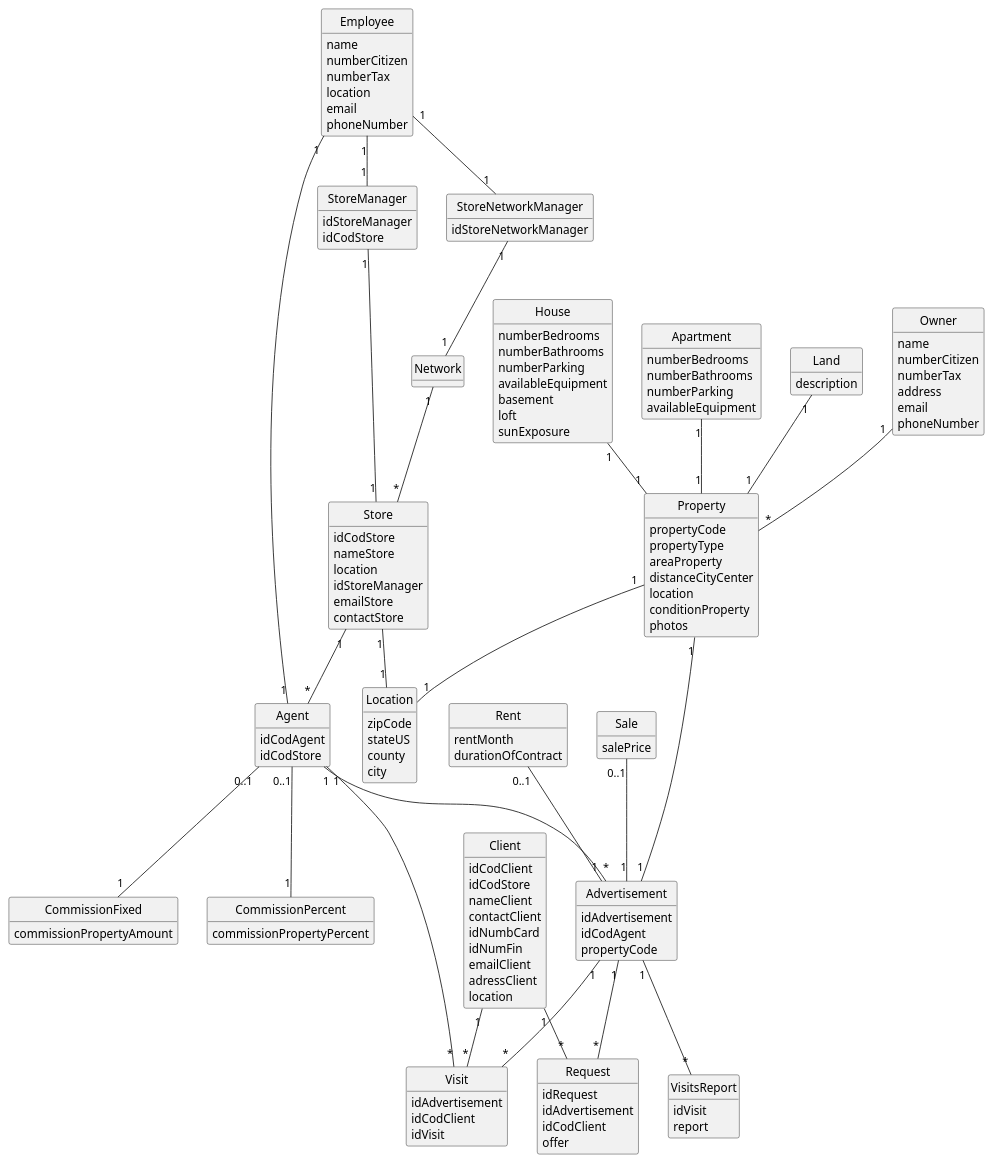
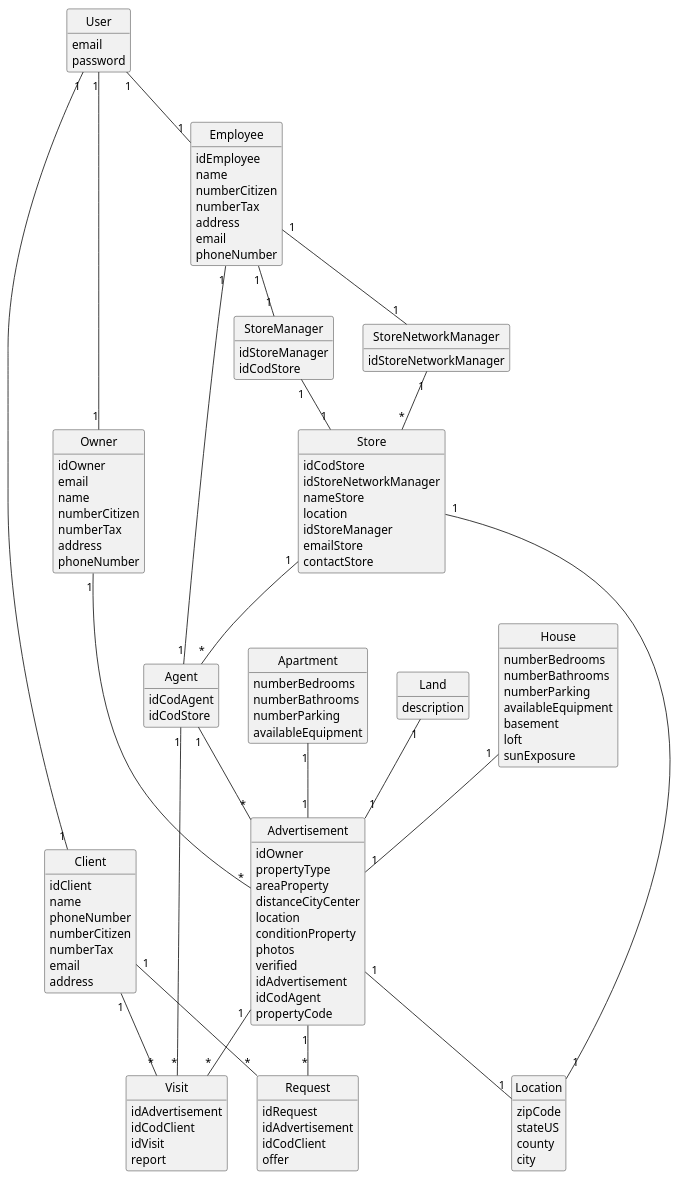
The diagram in docs/sprintA/global-artifacts/02.analysis/puml_Nuno/project-domain-model.puml (PEDROMOREIRA45/lei-23-s2-1dg-g31), drawn with PlantUML before and after one commit.

Commit message:
domain mode changes

```diff
--- a/docs/sprintA/global-artifacts/02.analysis/puml_Nuno/project-domain-model.puml
+++ b/docs/sprintA/global-artifacts/02.analysis/puml_Nuno/project-domain-model.puml
@@ -1,162 +1,150 @@
 @startuml
 'https://plantuml.com/class-diagram
 skinparam monochrome true
 skinparam packageStyle rectangle
 skinparam shadowing false
 hide circle
 hide methods
 
-class Network{
 
-}
 
 class Employee{
-    name
-    numberCitizen
-    numberTax
-    location
-    email
-    phoneNumber
-}
-class Client {
-    idCodClient
-    idCodStore
-    nameClient
-    contactClient
-    idNumbCard
-    idNumFin
-    emailClient
-    adressClient
-    location
-}
-
-class Owner {
+    idEmployee
     name
     numberCitizen
     numberTax
     address
     email
     phoneNumber
 }
-class VisitsReport{
-    idVisit
-    report
+
+class Client {
+    idClient
+    name
+    phoneNumber
+    numberCitizen
+    numberTax
+    email
+    address
 }
+
+class Owner {
+    idOwner
+    email
+    name
+    numberCitizen
+    numberTax
+    address
+    phoneNumber
+}
+
 
 class Agent {
     idCodAgent
     idCodStore
 }
 
-class Property {
-    propertyCode
+class Advertisement {
+    idOwner
     propertyType
     areaProperty
     distanceCityCenter
     location
     conditionProperty
     photos
+    verified
+    idAdvertisement
+    idCodAgent
+    propertyCode
 }
 
 class House {
     numberBedrooms
     numberBathrooms
     numberParking
     availableEquipment
     basement
     loft
     sunExposure
 }
 
 class Apartment{
     numberBedrooms
     numberBathrooms
     numberParking
     availableEquipment
 }
+
 class Land{
     description
 }
 
-class Rent {
-    rentMonth
-    durationOfContract
-}
-class Sale {
-    salePrice
-}
-class CommissionFixed {
-    commissionPropertyAmount
-}
-class CommissionPercent {
-    commissionPropertyPercent
-}
-
 class Store{
     idCodStore
+    idStoreNetworkManager
     nameStore
     location
     idStoreManager
     emailStore
     contactStore
 }
+
 class Visit{
     idAdvertisement
     idCodClient
     idVisit
+    report
 }
+
 class Location {
     zipCode
     stateUS
     county
     city
 }
+
 class StoreManager {
     idStoreManager
     idCodStore
 }
+
 class StoreNetworkManager {
     idStoreNetworkManager
 }
-class Advertisement{
-    idAdvertisement
-    idCodAgent
-    propertyCode
-}
+
+
+
 class Request{
     idRequest
     idAdvertisement
     idCodClient
     offer
 }
+class User{
+    email
+    password
+}
 
-Property "1" -- "1" Advertisement
-Owner "1" -- "*" Property
+Owner "1" -- "*" Advertisement
 Agent "1" -- "*" Advertisement
-House "1" -- "1" Property
-Apartment "1" -- "1" Property
-Land "1" -- "1" Property
+House "1" -- "1" Advertisement
+Apartment "1" -- "1" Advertisement
+Land "1" -- "1" Advertisement
 Store "1" -- "*" Agent
-Rent "0..1" -- "1" Advertisement
-Sale "0..1" -- "1" Advertisement
 StoreManager "1" -- "1" Store
-Property "1" -- "1" Location
-Agent "0..1" -- "1" CommissionFixed
-Agent "0..1" -- "1" CommissionPercent
-Network "1" -- "*" Store
-StoreNetworkManager "1" -- "1" Network
+Advertisement "1" -- "1" Location
+StoreNetworkManager "1" -- "*" Store
 Employee "1" -- "1" Agent
 Employee "1" -- "1" StoreManager
 Employee "1" -- "1" StoreNetworkManager
 Advertisement"1" -- "*"Request
 Client"1" -- "*"Request
 Store"1" -- "1"Location
 Advertisement "1" -- "*" Visit
-Advertisement "1" -- "*" VisitsReport
 Client "1" -- "*" Visit
 Agent "1" -- "*" Visit
-
-
-
+User "1" -- "1" Employee
+User "1" -- "1" Owner
+User "1" -- "1" Client
 
 @enduml
```
